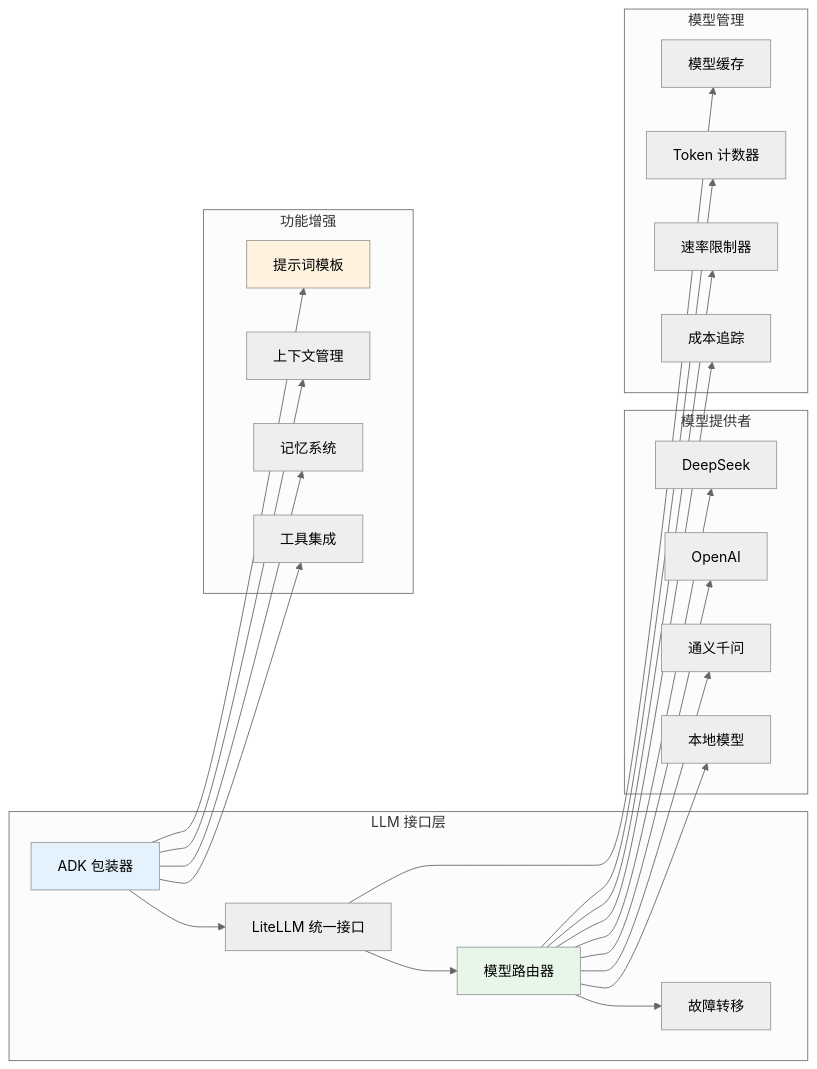
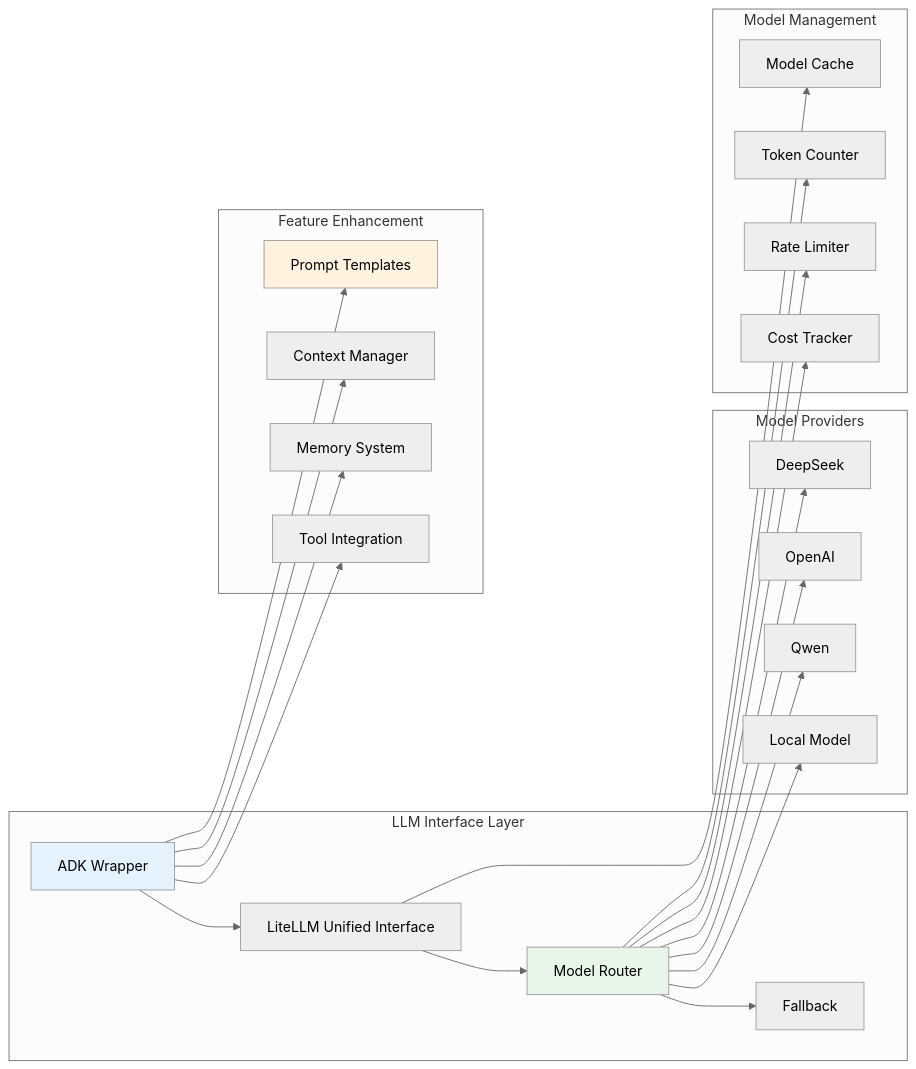
One commit to zcxGGmu/Astraeus changed the sixth of 11 diagrams in README.md. Above: the diagram before and after it, drawn with Mermaid (neutral theme). The commit also changed other lines of this file, not shown here.

First line of the commit message:
docs: convert README architecture descriptions from Chinese to English

````diff
--- a/README.md
+++ b/README.md
@@ -526,53 +526,53 @@
 ```mermaid
 graph LR
-    subgraph "LLM 接口层"
-        ADK_WRAPPER[ADK 包装器]
-        LITE_LLM[LiteLLM 统一接口]
-        MODEL_ROUTER[模型路由器]
-        FALLBACK[故障转移]
+    subgraph "LLM Interface Layer"
+        ADK_WRAPPER[ADK Wrapper]
+        LITE_LLM[LiteLLM Unified Interface]
+        MODEL_ROUTER[Model Router]
+        FALLBACK[Fallback]
     end
 
-    subgraph "模型提供者"
+    subgraph "Model Providers"
         DEEPSEEK_MODEL[DeepSeek]
         OPENAI_MODEL[OpenAI]
-        QWEN_MODEL[通义千问]
-        LOCAL_MODEL[本地模型]
+        QWEN_MODEL[Qwen]
+        LOCAL_MODEL[Local Model]
     end
 
-    subgraph "模型管理"
-        MODEL_CACHE[模型缓存]
-        TOKEN_COUNTER[Token 计数器]
-        RATE_LIMITER[速率限制器]
-        COST_TRACKER[成本追踪]
+    subgraph "Model Management"
+        MODEL_CACHE[Model Cache]
+        TOKEN_COUNTER[Token Counter]
+        RATE_LIMITER[Rate Limiter]
+        COST_TRACKER[Cost Tracker]
     end
 
-    subgraph "功能增强"
-        PROMPT_TEMPLATES[提示词模板]
-        CONTEXT_MANAGER[上下文管理]
-        MEMORY_SYSTEM[记忆系统]
-        TOOL_INTEGRATION[工具集成]
+    subgraph "Feature Enhancement"
+        PROMPT_TEMPLATES[Prompt Templates]
+        CONTEXT_MANAGER[Context Manager]
+        MEMORY_SYSTEM[Memory System]
+        TOOL_INTEGRATION[Tool Integration]
     end
 
     ADK_WRAPPER --> LITE_LLM
     LITE_LLM --> MODEL_ROUTER
     MODEL_ROUTER --> FALLBACK
 
     MODEL_ROUTER --> DEEPSEEK_MODEL
     MODEL_ROUTER --> OPENAI_MODEL
     MODEL_ROUTER --> QWEN_MODEL
     MODEL_ROUTER --> LOCAL_MODEL
 
     LITE_LLM --> MODEL_CACHE
     MODEL_ROUTER --> TOKEN_COUNTER
     MODEL_ROUTER --> RATE_LIMITER
     MODEL_ROUTER --> COST_TRACKER
 
     ADK_WRAPPER --> PROMPT_TEMPLATES
     ADK_WRAPPER --> CONTEXT_MANAGER
     ADK_WRAPPER --> MEMORY_SYSTEM
     ADK_WRAPPER --> TOOL_INTEGRATION
 
     style ADK_WRAPPER fill:#e3f2fd
     style MODEL_ROUTER fill:#e8f5e9
     style PROMPT_TEMPLATES fill:#fff3e0
 ```
````
